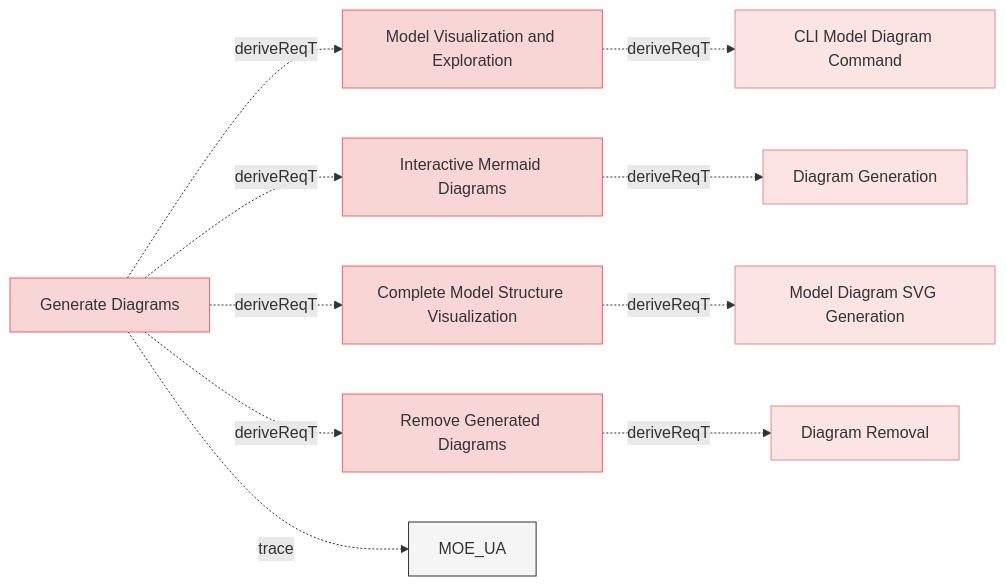
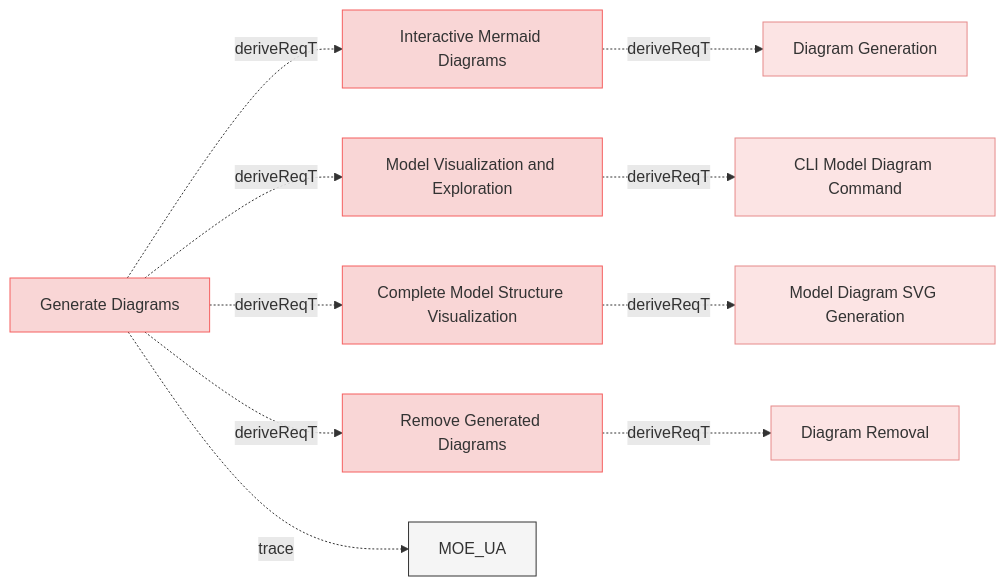
One commit to reqvire-org/reqvire changed the first of 9 diagrams in specifications/UserRequirements.md. Above: the diagram before and after it, drawn with Mermaid. The commit also changed other lines of this file and 20 other files, not shown here.

````diff
--- a/specifications/UserRequirements.md
+++ b/specifications/UserRequirements.md
@@ -4,49 +4,49 @@
 ```mermaid
 graph LR;
   %% REQVIRE-AUTOGENERATED-DIAGRAM
   %% Graph styling
   classDef userRequirement fill:#f9d6d6,stroke:#f55f5f,stroke-width:1px;
   classDef systemRequirement fill:#fce4e4,stroke:#e68a8a,stroke-width:1px;
   classDef verification fill:#d6f9d6,stroke:#5fd75f,stroke-width:1px;
   classDef default fill:#f5f5f5,stroke:#333333,stroke-width:1px;
 
+  eedf6d6d3d2354d9["Interactive Mermaid Diagrams"];
+  class eedf6d6d3d2354d9 userRequirement;
+  click eedf6d6d3d2354d9 "UserRequirements.md#interactive-mermaid-diagrams";
+  e9aee7d9477f4abe["Diagram Generation"];
+  class e9aee7d9477f4abe systemRequirement;
+  click e9aee7d9477f4abe "SystemRequirements/Requirements.md#diagram-generation";
+  eedf6d6d3d2354d9 -.->|deriveReqT| e9aee7d9477f4abe;
   5e10b566c9d01f8f["Model Visualization and Exploration"];
   class 5e10b566c9d01f8f userRequirement;
   click 5e10b566c9d01f8f "UserRequirements.md#model-visualization-and-exploration";
   3b9f849eea96ef6a["CLI Model Diagram Command"];
   class 3b9f849eea96ef6a systemRequirement;
   click 3b9f849eea96ef6a "SystemRequirements/Requirements.md#cli-model-diagram-command";
   5e10b566c9d01f8f -.->|deriveReqT| 3b9f849eea96ef6a;
-  eedf6d6d3d2354d9["Interactive Mermaid Diagrams"];
-  class eedf6d6d3d2354d9 userRequirement;
-  click eedf6d6d3d2354d9 "UserRequirements.md#interactive-mermaid-diagrams";
-  e9aee7d9477f4abe["Diagram Generation"];
-  class e9aee7d9477f4abe systemRequirement;
-  click e9aee7d9477f4abe "SystemRequirements/Requirements.md#diagram-generation";
-  eedf6d6d3d2354d9 -.->|deriveReqT| e9aee7d9477f4abe;
   b080cbe28d92ddf3["Complete Model Structure Visualization"];
   class b080cbe28d92ddf3 userRequirement;
   click b080cbe28d92ddf3 "UserRequirements.md#complete-model-structure-visualization";
   1e20313bdf4c143c["Model Diagram SVG Generation"];
   class 1e20313bdf4c143c systemRequirement;
   click 1e20313bdf4c143c "SystemRequirements/Requirements.md#model-diagram-svg-generation";
   b080cbe28d92ddf3 -.->|deriveReqT| 1e20313bdf4c143c;
   8b2dd3bb2c44db94["Remove Generated Diagrams"];
   class 8b2dd3bb2c44db94 userRequirement;
   click 8b2dd3bb2c44db94 "UserRequirements.md#remove-generated-diagrams";
   4ec753faad5a75f7["Diagram Removal"];
   class 4ec753faad5a75f7 systemRequirement;
   click 4ec753faad5a75f7 "SystemRequirements/Requirements.md#diagram-removal";
   8b2dd3bb2c44db94 -.->|deriveReqT| 4ec753faad5a75f7;
   37a5b8e199a838f["Generate Diagrams"];
   class 37a5b8e199a838f userRequirement;
   click 37a5b8e199a838f "UserStories.md#generate-diagrams";
   2c5f30f14e792200["MOE_UA"];
   class 2c5f30f14e792200 default;
   click 2c5f30f14e792200 "MOEs.md#moe_ua";
   37a5b8e199a838f -.->|trace| 2c5f30f14e792200;
+  37a5b8e199a838f -.->|deriveReqT| eedf6d6d3d2354d9;
   37a5b8e199a838f -.->|deriveReqT| 5e10b566c9d01f8f;
-  37a5b8e199a838f -.->|deriveReqT| eedf6d6d3d2354d9;
   37a5b8e199a838f -.->|deriveReqT| b080cbe28d92ddf3;
   37a5b8e199a838f -.->|deriveReqT| 8b2dd3bb2c44db94;
 ```
````
